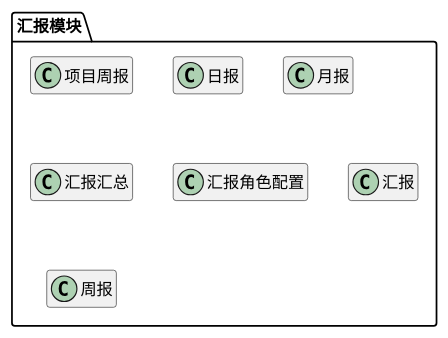
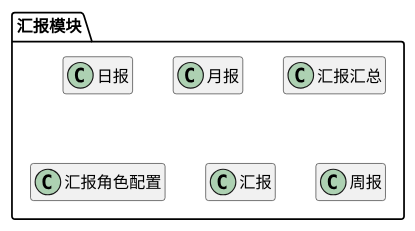
Before and after one commit to zj335841911/nt_chandao: the fifth of 8 diagrams in ibizpms-docs/src/main/doc/v1/module/module_index.md, drawn with PlantUML. The commit also changed 33 other files, not shown here.

```diff
--- a/ibizpms-docs/src/main/doc/v1/module/module_index.md
+++ b/ibizpms-docs/src/main/doc/v1/module/module_index.md
@@ -727,32 +730,29 @@
 {% plantuml %}
 
 package 汇报模块 {
-
-class 项目周报 {
-}
 
 class 日报 {
 }
 
 class 月报 {
 }
 
 class 汇报汇总 {
 }
 
 class 汇报角色配置 {
 }
 
 class 汇报 {
 }
 
 class 周报 {
 }
 
 
 
 }
 
 hide members
 
 {% endplantuml %}
```
